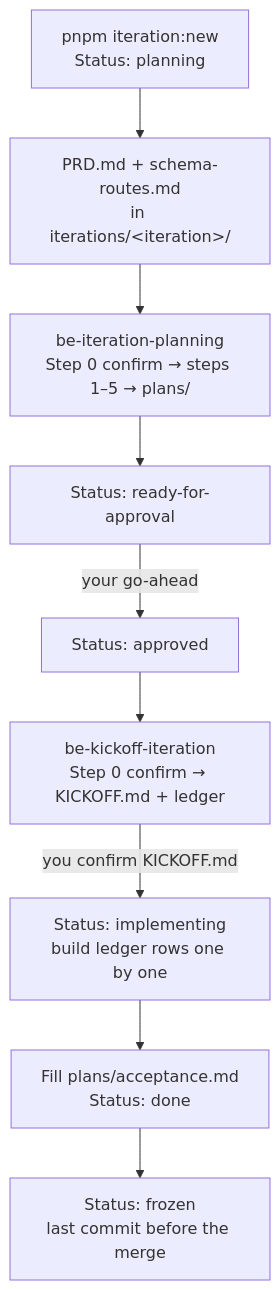
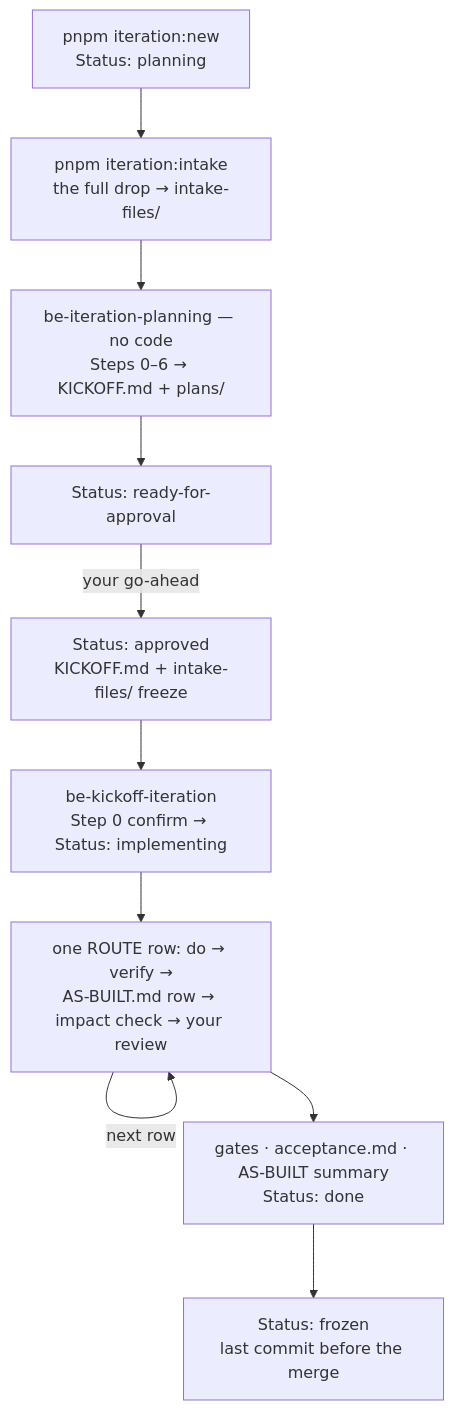
One commit to albetrios/clinozy-be changed the diagram in docs/design-workflow/process/README.md. Above: the diagram before and after it, drawn with Mermaid. The commit also changed other lines of this file and 22 other files, not shown here.

First line of the commit message:
docs: move design iterations to intake-files, KICKOFF.md and AS-BUILT.md

````diff
--- a/docs/design-workflow/process/README.md
+++ b/docs/design-workflow/process/README.md
@@ -9,11 +10,12 @@
 ```mermaid
 flowchart TB
-  NEW["pnpm iteration:new<br/>Status: planning"] --> INPUTS["PRD.md + schema-routes.md<br/>in iterations/&lt;iteration&gt;/"]
-  INPUTS --> PLAN["be-iteration-planning<br/>Step 0 confirm → steps 1–5 → plans/"]
+  NEW["pnpm iteration:new<br/>Status: planning"] --> INTAKE["pnpm iteration:intake<br/>the full drop → intake-files/"]
+  INTAKE --> PLAN["be-iteration-planning — no code<br/>Steps 0–6 → KICKOFF.md + plans/"]
   PLAN --> READY["Status: ready-for-approval"]
-  READY -->|your go-ahead| APPROVED["Status: approved"]
-  APPROVED --> KICK["be-kickoff-iteration<br/>Step 0 confirm → KICKOFF.md + ledger"]
-  KICK -->|you confirm KICKOFF.md| BUILD["Status: implementing<br/>build ledger rows one by one"]
-  BUILD --> ACCEPT["Fill plans/acceptance.md<br/>Status: done"]
-  ACCEPT --> FROZEN["Status: frozen<br/>last commit before the merge"]
+  READY -->|your go-ahead| APPROVED["Status: approved<br/>KICKOFF.md + intake-files/ freeze"]
+  APPROVED --> KICK["be-kickoff-iteration<br/>Step 0 confirm → Status: implementing"]
+  KICK --> ROW["one ROUTE row: do → verify →<br/>AS-BUILT.md row → impact check → your review"]
+  ROW -->|next row| ROW
+  ROW --> DONE["gates · acceptance.md · AS-BUILT summary<br/>Status: done"]
+  DONE --> FROZEN["Status: frozen<br/>last commit before the merge"]
 ```
````
